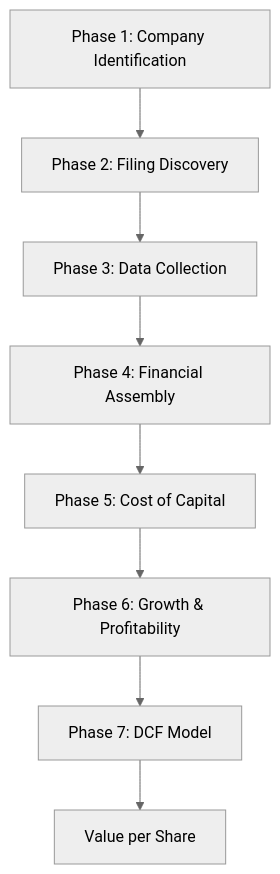
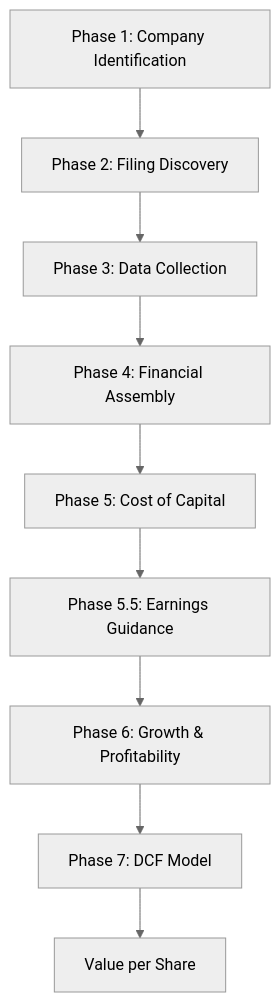
The diagram in docs/how-it-works.mdx (craigdsouza/valuation101), drawn with Mermaid (neutral theme) before and after one commit. The commit also changed other lines of this file and 34 other files, not shown here.

````diff
--- a/docs/how-it-works.mdx
+++ b/docs/how-it-works.mdx
@@ -11,10 +25,11 @@
 ```mermaid
 graph TD
     P1[Phase 1: Company Identification] --> P2[Phase 2: Filing Discovery]
     P2 --> P3[Phase 3: Data Collection]
     P3 --> P4[Phase 4: Financial Assembly]
     P4 --> P5[Phase 5: Cost of Capital]
-    P5 --> P6[Phase 6: Growth & Profitability]
+    P5 --> P5b[Phase 5.5: Earnings Guidance]
+    P5b --> P6[Phase 6: Growth & Profitability]
     P6 --> P7[Phase 7: DCF Model]
     P7 --> OUT[Value per Share]
 ```
````
